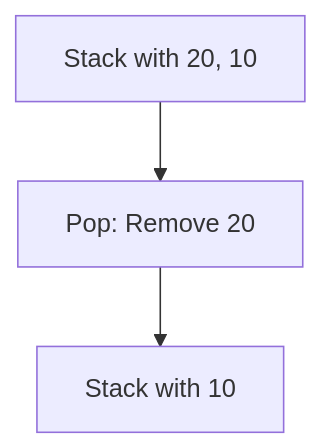
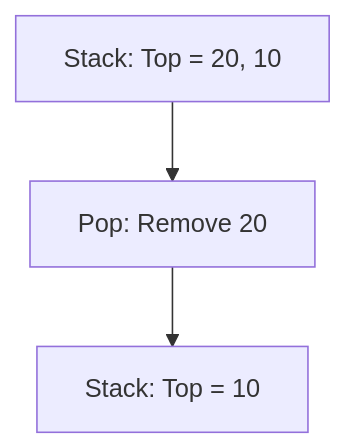
Before and after one commit to XE0N-Eg0/DSA-C: the third of 5 diagrams in DSA-C/Chapter 3 - Stack/00_Stack_Notes.md, drawn with Mermaid. The commit also changed other lines of this file, not shown here.

````diff
--- a/DSA-C/Chapter 3 - Stack/00_Stack_Notes.md
+++ b/DSA-C/Chapter 3 - Stack/00_Stack_Notes.md
@@ -76,5 +75,5 @@
 ```mermaid
 graph TD
-    Start[Stack with 20, 10] --> Pop20[Pop: Remove 20]
-    Pop20 --> Result[Stack with 10]
+    A[Stack: Top = 20, 10] --> B[Pop: Remove 20]
+    B --> C[Stack: Top = 10]
 ```
````
